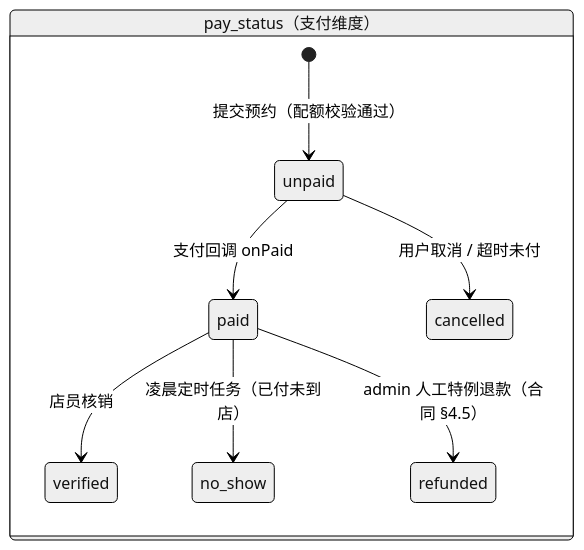
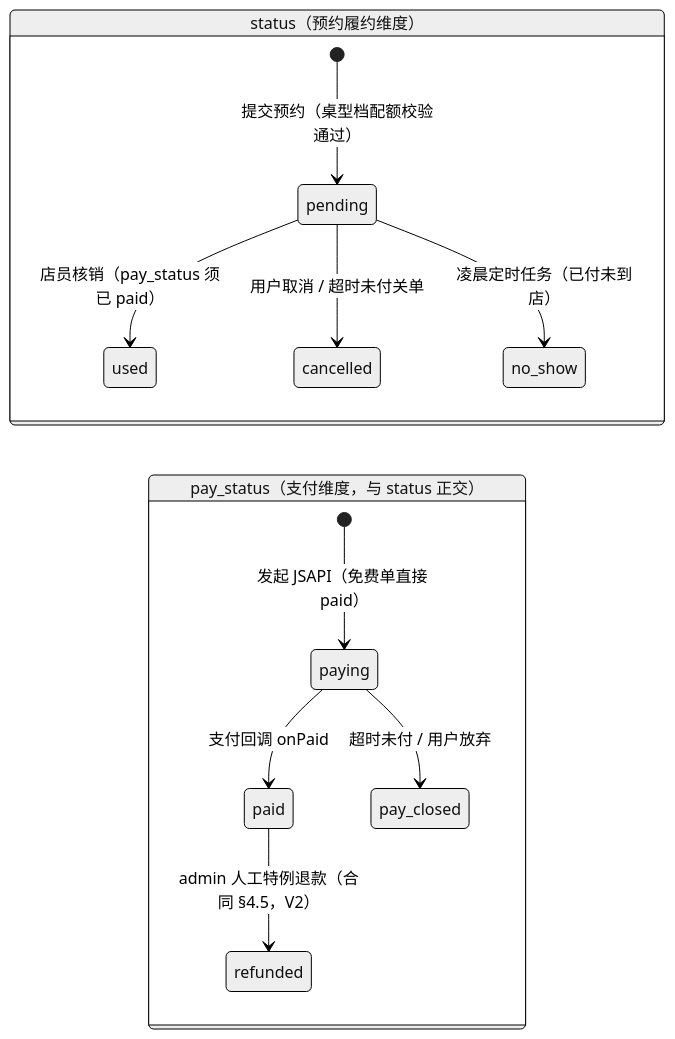
Diagram 11 of 17 in 10-业务流权威图.md (sengsengran-guzi/doc), drawn with Mermaid (neutral theme) before and after one commit. The commit also changed other lines of this file and 23 other files, not shown here.

````diff
--- a/10-业务流权威图.md
+++ b/10-业务流权威图.md
@@ -1103,12 +1115,16 @@
 ```mermaid
 stateDiagram-v2
     direction LR
-    state "pay_status（支付维度）" as PS {
-        [*] --> unpaid: 提交预约（配额校验通过）
-        unpaid --> paid: 支付回调 onPaid
-        paid --> verified: 店员核销
-        unpaid --> cancelled: 用户取消 / 超时未付
-        paid --> no_show: 凌晨定时任务（已付未到店）
-        paid --> refunded: admin 人工特例退款（合同 §4.5）
+    state "status（预约履约维度）" as ST {
+        [*] --> pending: 提交预约（桌型档配额校验通过）
+        pending --> used: 店员核销（pay_status 须已 paid）
+        pending --> cancelled: 用户取消 / 超时未付关单
+        pending --> no_show: 凌晨定时任务（已付未到店）
+    }
+    state "pay_status（支付维度，与 status 正交）" as PS {
+        [*] --> paying: 发起 JSAPI（免费单直接 paid）
+        paying --> paid: 支付回调 onPaid
+        paying --> pay_closed: 超时未付 / 用户放弃
+        paid --> refunded: admin 人工特例退款（合同 §4.5，V2）
     }
 ```
````
